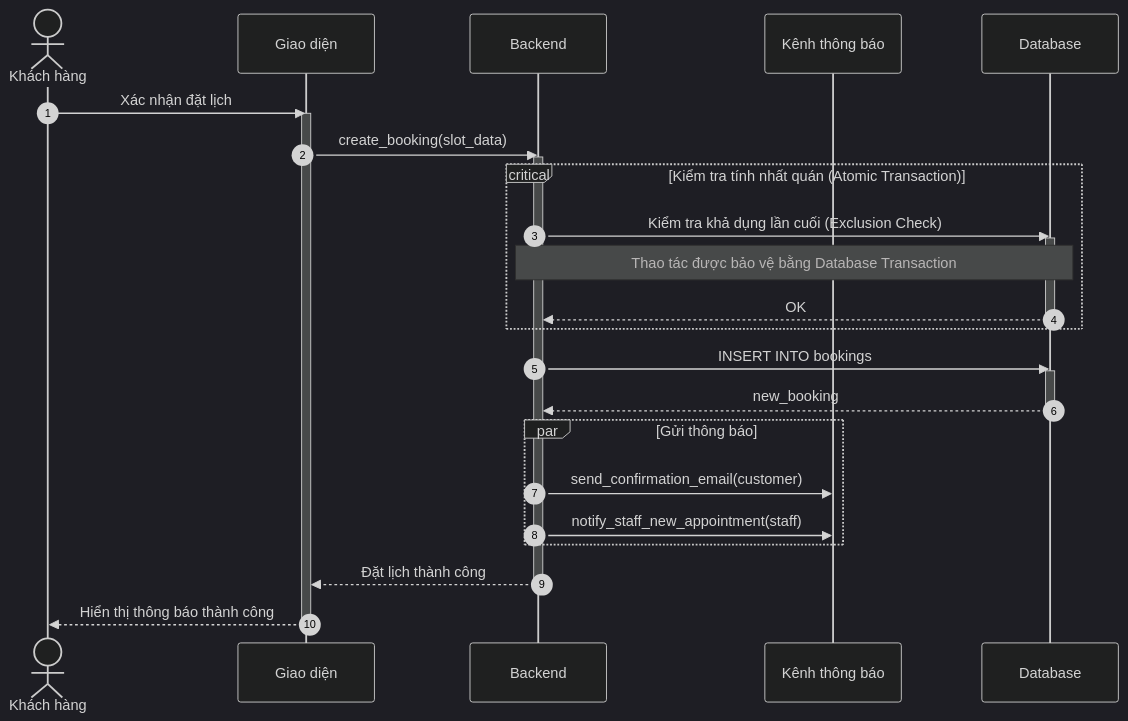
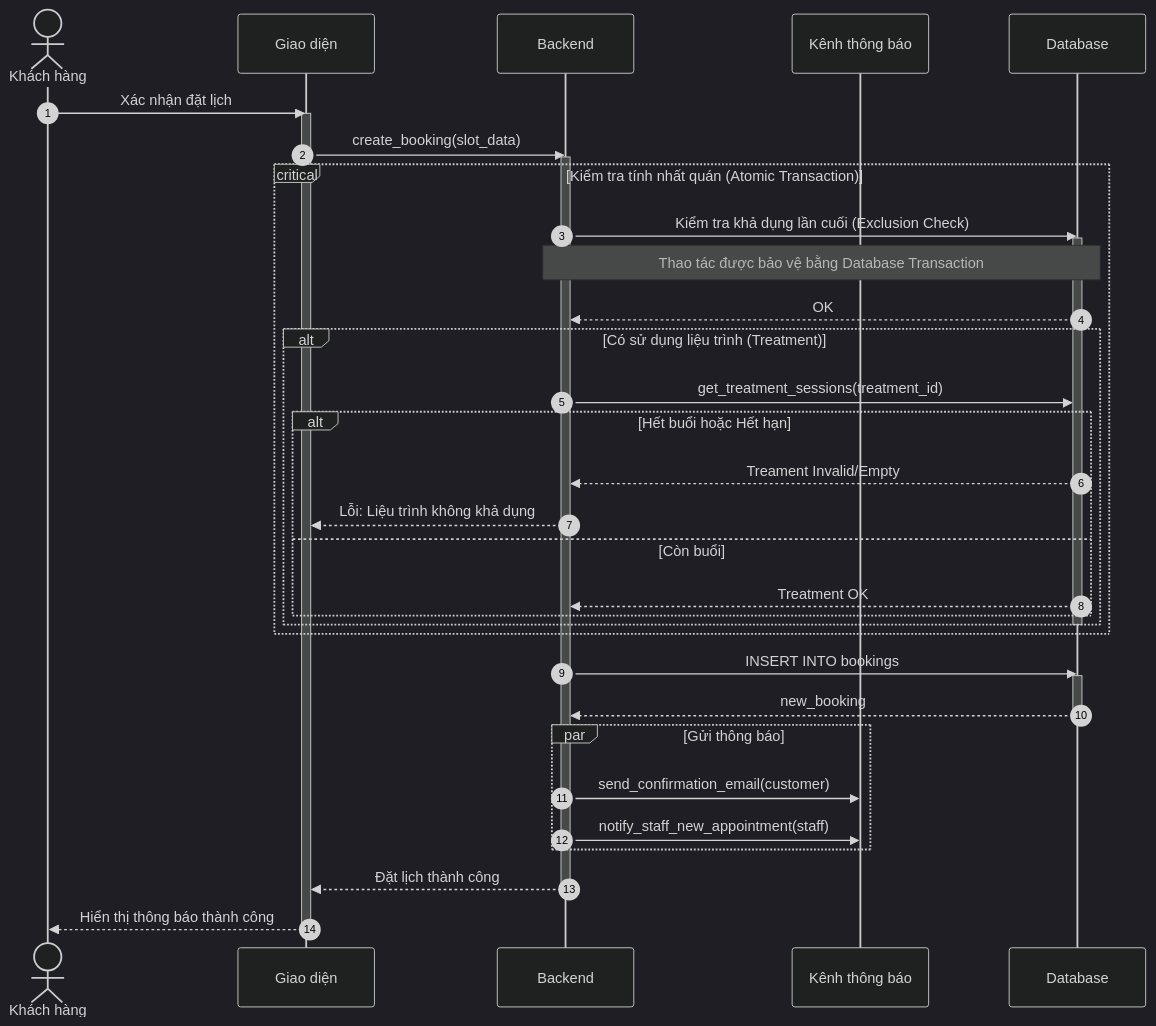
One commit to ngoctinn/Synapse changed the fourth of 10 diagrams in docs/design/sequences/customer_flows.md. Above: the diagram before and after it, drawn with Mermaid (dark theme). The commit also changed 3 other files, not shown here.

````diff
--- a/docs/design/sequences/customer_flows.md
+++ b/docs/design/sequences/customer_flows.md
@@ -120,38 +120,48 @@
 ```mermaid
 sequenceDiagram
     autonumber
     actor KH as Khách hàng
     participant UI as Giao diện
     participant BE as Backend
     participant NOTI as Kênh thông báo
     participant DB as Database
 
     KH->>UI: Xác nhận đặt lịch
     activate UI
     UI->>BE: create_booking(slot_data)
     activate BE
 
     critical Kiểm tra tính nhất quán (Atomic Transaction)
         BE->>DB: Kiểm tra khả dụng lần cuối (Exclusion Check)
         activate DB
         Note over BE,DB: Thao tác được bảo vệ bằng Database Transaction
         DB-->>BE: OK
+
+        alt Có sử dụng liệu trình (Treatment)
+            BE->>DB: get_treatment_sessions(treatment_id)
+            alt Hết buổi hoặc Hết hạn
+                DB-->>BE: Treament Invalid/Empty
+                BE-->>UI: Lỗi: Liệu trình không khả dụng
+            else Còn buổi
+                DB-->>BE: Treatment OK
+            end
+        end
         deactivate DB
     end
 
     BE->>DB: INSERT INTO bookings
     activate DB
     DB-->>BE: new_booking
     deactivate DB
 
     par Gửi thông báo
         BE->>NOTI: send_confirmation_email(customer)
         BE->>NOTI: notify_staff_new_appointment(staff)
     end
 
     BE-->>UI: Đặt lịch thành công
     deactivate BE
 
     UI-->>KH: Hiển thị thông báo thành công
     deactivate UI
 ```
````
